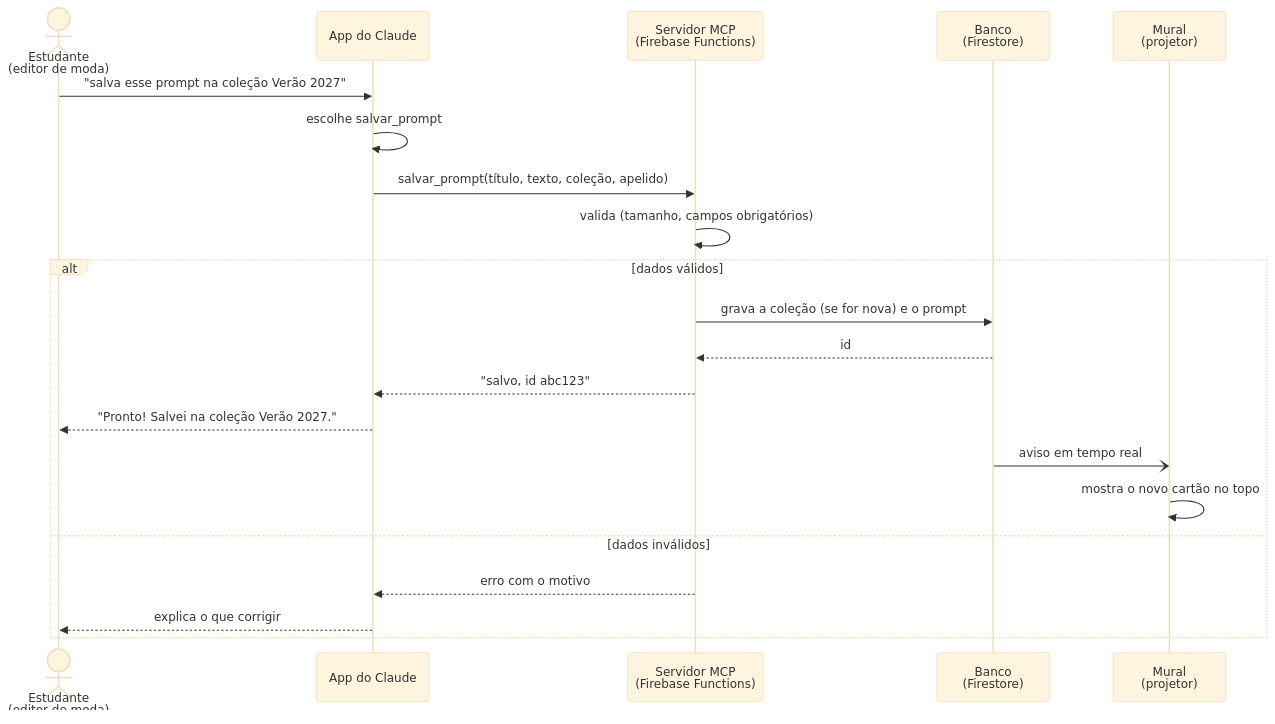
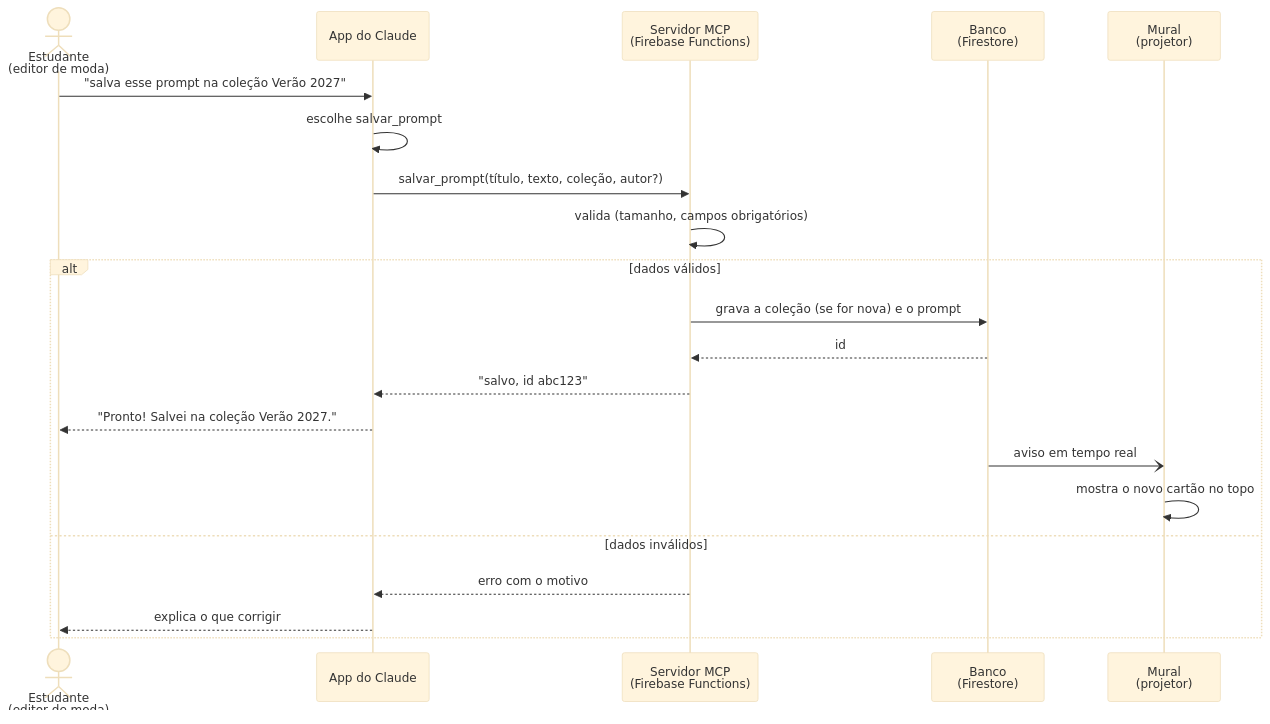
One commit to Silverbullet-live/gerenciador-prompts changed the diagram in docs/04-sequencia.md. Above: the diagram before and after it, drawn with Mermaid (base theme). The commit also changed other lines of this file and 5 other files, not shown here.

````diff
--- a/docs/04-sequencia.md
+++ b/docs/04-sequencia.md
@@ -5,24 +7,24 @@
 ```mermaid
 sequenceDiagram
     actor E as Estudante<br/>(editor de moda)
     participant C as App do Claude
     participant S as Servidor MCP<br/>(Firebase Functions)
     participant DB as Banco<br/>(Firestore)
     participant M as Mural<br/>(projetor)
 
     E->>C: "salva esse prompt na coleção Verão 2027"
     C->>C: escolhe salvar_prompt
-    C->>S: salvar_prompt(título, texto, coleção, apelido)
+    C->>S: salvar_prompt(título, texto, coleção, autor?)
     S->>S: valida (tamanho, campos obrigatórios)
     alt dados válidos
         S->>DB: grava a coleção (se for nova) e o prompt
         DB-->>S: id
         S-->>C: "salvo, id abc123"
         C-->>E: "Pronto! Salvei na coleção Verão 2027."
         DB-)M: aviso em tempo real
         M->>M: mostra o novo cartão no topo
     else dados inválidos
         S-->>C: erro com o motivo
         C-->>E: explica o que corrigir
     end
 ```
````
